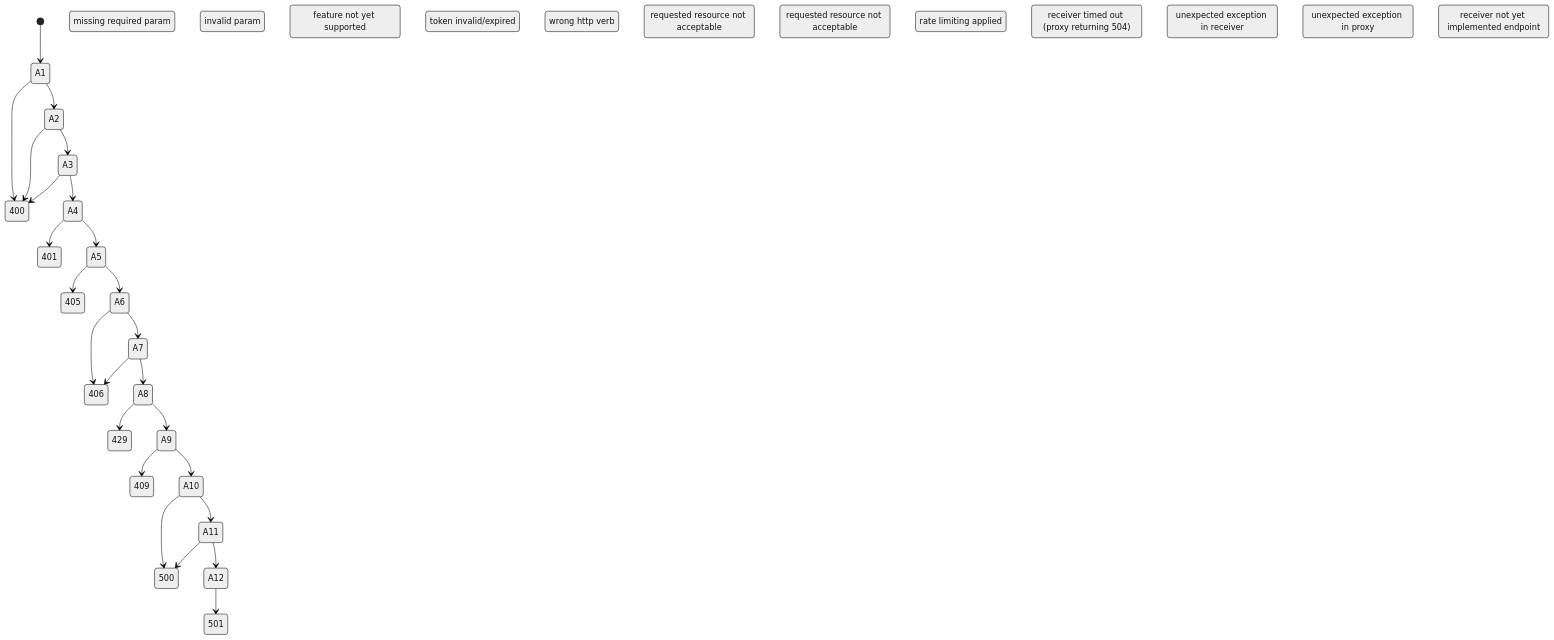
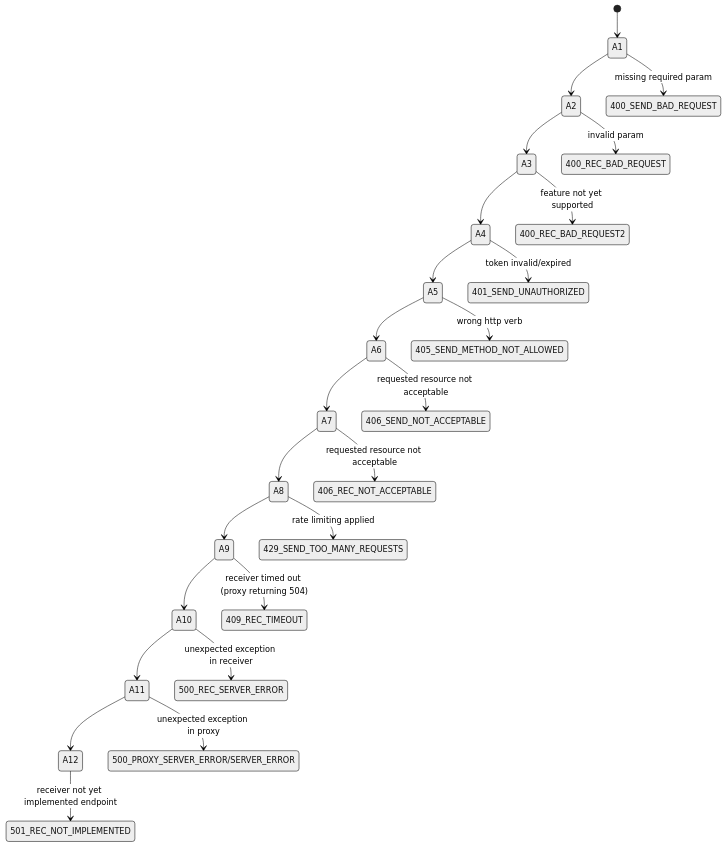
The first of 10 diagrams in specification/error-processing-flow.md (NHSDigital/booking-and-referral-fhir-api), drawn with Mermaid (neutral theme) before and after one commit. The commit also changed other lines of this file, not shown here.

````diff
--- a/specification/error-processing-flow.md
+++ b/specification/error-processing-flow.md
@@ -3,28 +3,28 @@
 ```mermaid
 stateDiagram-v2
     [*] --> A1
     A1 --> A2
     A2 --> A3
     A3 --> A4
     A4 --> A5
     A5 --> A6
     A6 --> A7
     A7 --> A8
     A8 --> A9
     A9 --> A10
     A10 --> A11
     A11 --> A12
 
-    A1 --> 400 SEND_BAD_REQUEST: missing required param
-    A2 --> 400 REC_BAD_REQUEST: invalid param
-    A3 --> 400 REC_BAD_REQUEST2: feature not yet supported
-    A4 --> 401 SEND_UNAUTHORIZED: token invalid/expired
-    A5 --> 405 SEND_METHOD_NOT_ALLOWED: wrong http verb
-    A6 --> 406 SEND_NOT_ACCEPTABLE: requested resource not acceptable
-    A7 --> 406 REC_NOT_ACCEPTABLE: requested resource not acceptable
-    A8 --> 429 SEND_TOO_MANY_REQUESTS: rate limiting applied
-    A9 --> 409 REC_TIMEOUT: receiver timed out (proxy returning 504)
-    A10 --> 500 REC_SERVER_ERROR: unexpected exception in receiver 
-    A11 --> 500 PROXY_SERVER_ERROR/SERVER_ERROR : unexpected exception in proxy
-    A12 --> 501 REC_NOT_IMPLEMENTED: receiver not yet implemented endpoint
+    A1 --> 400_SEND_BAD_REQUEST: missing required param
+    A2 --> 400_REC_BAD_REQUEST: invalid param
+    A3 --> 400_REC_BAD_REQUEST2: feature not yet supported
+    A4 --> 401_SEND_UNAUTHORIZED: token invalid/expired
+    A5 --> 405_SEND_METHOD_NOT_ALLOWED: wrong http verb
+    A6 --> 406_SEND_NOT_ACCEPTABLE: requested resource not acceptable
+    A7 --> 406_REC_NOT_ACCEPTABLE: requested resource not acceptable
+    A8 --> 429_SEND_TOO_MANY_REQUESTS: rate limiting applied
+    A9 --> 409_REC_TIMEOUT: receiver timed out (proxy returning 504)
+    A10 --> 500_REC_SERVER_ERROR: unexpected exception in receiver 
+    A11 --> 500_PROXY_SERVER_ERROR/SERVER_ERROR : unexpected exception in proxy
+    A12 --> 501_REC_NOT_IMPLEMENTED: receiver not yet implemented endpoint
 ```
````
